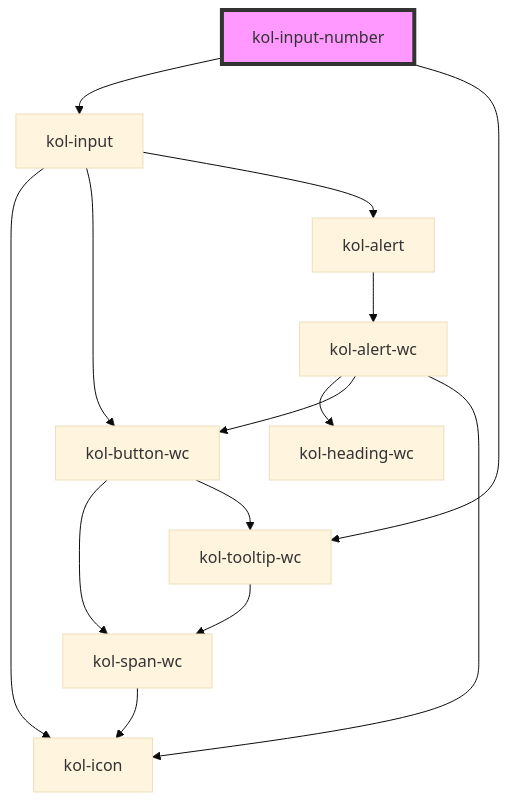
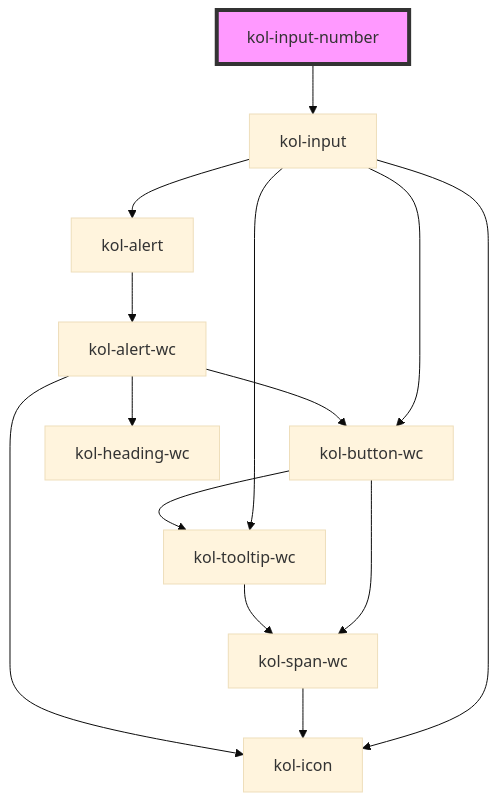
The diagram in packages/components/src/components/input-number/readme.md (public-ui/kolibri), drawn with Mermaid (base theme) before and after one commit. The commit also changed other lines of this file and 69 other files, not shown here.

Commit message:
refactor: input tooltip samples

````diff
--- a/packages/components/src/components/input-number/readme.md
+++ b/packages/components/src/components/input-number/readme.md
@@ -83,17 +82,17 @@
 ```mermaid
 graph TD;
   kol-input-number --> kol-input
-  kol-input-number --> kol-tooltip-wc
   kol-input --> kol-icon
   kol-input --> kol-button-wc
+  kol-input --> kol-tooltip-wc
   kol-input --> kol-alert
   kol-button-wc --> kol-span-wc
   kol-button-wc --> kol-tooltip-wc
   kol-span-wc --> kol-icon
   kol-tooltip-wc --> kol-span-wc
   kol-alert --> kol-alert-wc
   kol-alert-wc --> kol-heading-wc
   kol-alert-wc --> kol-button-wc
   kol-alert-wc --> kol-icon
   style kol-input-number fill:#f9f,stroke:#333,stroke-width:4px
 ```
````
